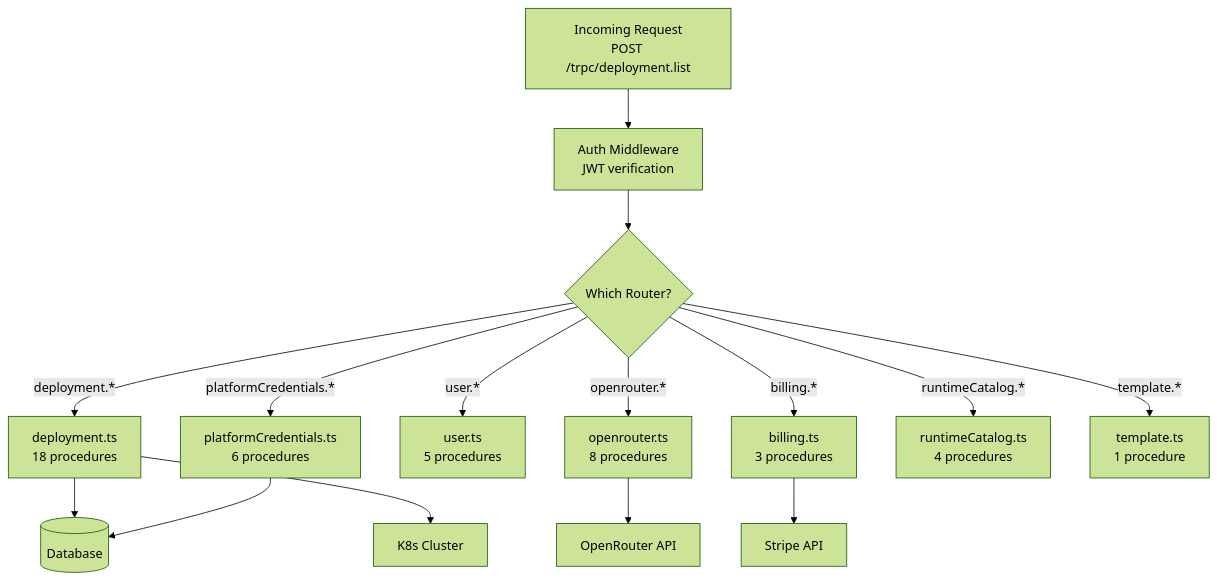
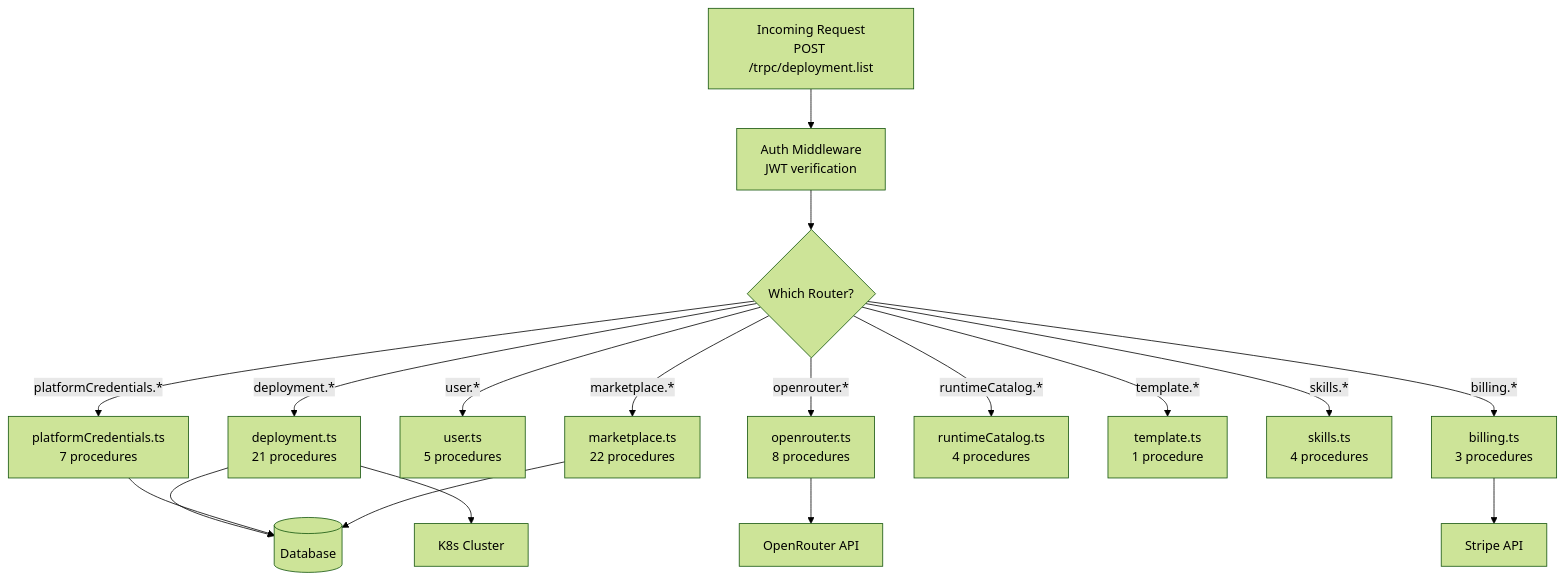
One commit to Bretthb/jarble changed the fifth of 32 diagrams in DEVELOPER-GUIDE.md. Above: the diagram before and after it, drawn with Mermaid (forest theme). The commit also changed other lines of this file and 7 other files, not shown here.

````diff
--- a/DEVELOPER-GUIDE.md
+++ b/DEVELOPER-GUIDE.md
@@ -307,19 +324,22 @@
 ```mermaid
 graph TD
     REQ["Incoming Request<br/>POST /trpc/deployment.list"] --> MW["Auth Middleware<br/>JWT verification"]
     MW --> ROUTER{"Which Router?"}
 
-    ROUTER -->|"deployment.*"| DEPLOY["deployment.ts<br/>18 procedures"]
+    ROUTER -->|"deployment.*"| DEPLOY["deployment.ts<br/>21 procedures"]
     ROUTER -->|"openrouter.*"| OR["openrouter.ts<br/>8 procedures"]
     ROUTER -->|"user.*"| USER["user.ts<br/>5 procedures"]
     ROUTER -->|"billing.*"| BILL["billing.ts<br/>3 procedures"]
-    ROUTER -->|"platformCredentials.*"| PLAT["platformCredentials.ts<br/>6 procedures"]
+    ROUTER -->|"platformCredentials.*"| PLAT["platformCredentials.ts<br/>7 procedures"]
     ROUTER -->|"runtimeCatalog.*"| RUNTIME["runtimeCatalog.ts<br/>4 procedures"]
     ROUTER -->|"template.*"| TMPL["template.ts<br/>1 procedure"]
+    ROUTER -->|"skills.*"| SKILLS["skills.ts<br/>4 procedures"]
+    ROUTER -->|"marketplace.*"| MKT["marketplace.ts<br/>22 procedures"]
 
     DEPLOY --> DB[("Database")]
     DEPLOY --> K8S["K8s Cluster"]
     OR --> ORAPI["OpenRouter API"]
     BILL --> STRIPE_API["Stripe API"]
     PLAT --> DB
+    MKT --> DB
 ```
````
